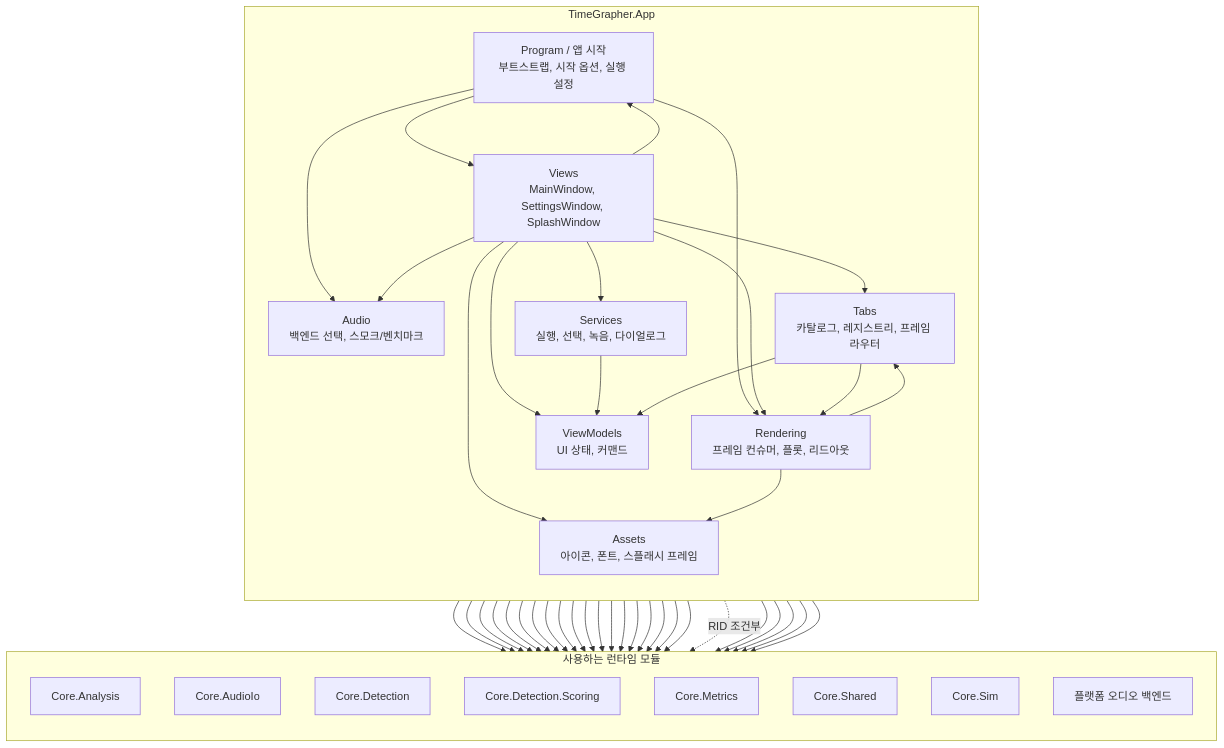
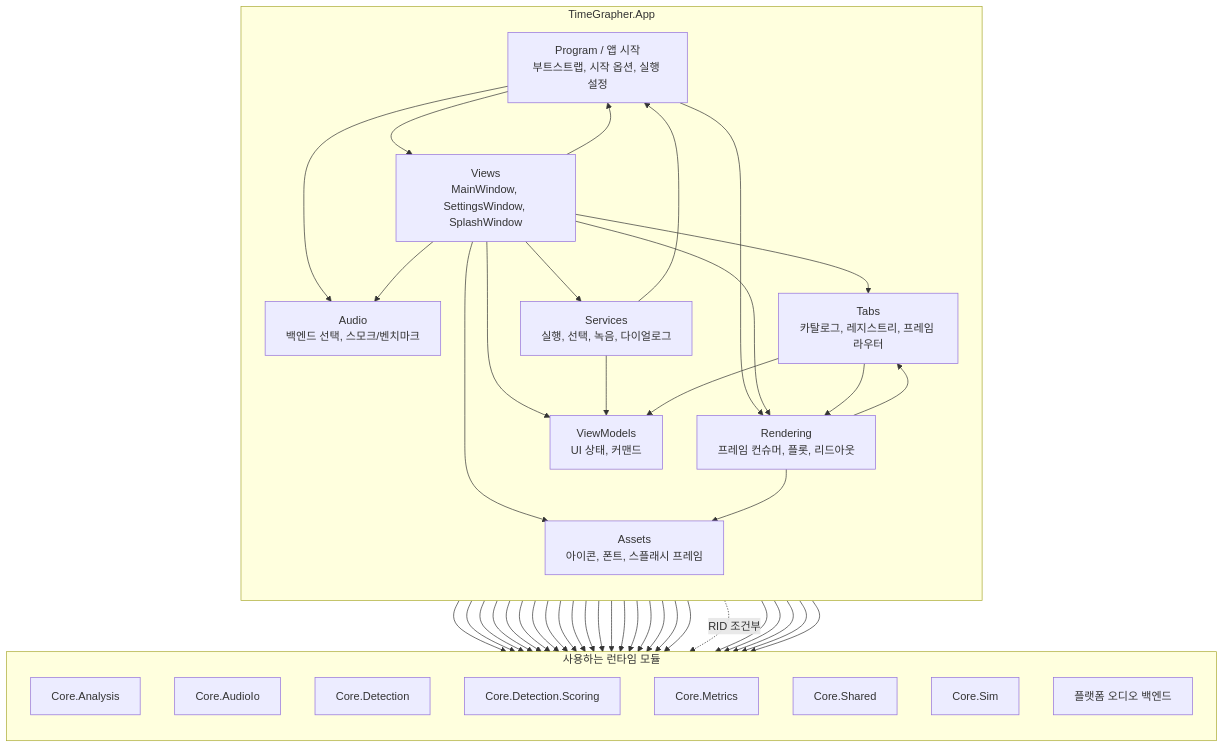
One commit to Jae-hong-5/TimeGrapher-Net changed the second of 3 diagrams in docs/for-ai/MODULE_USES_VIEW.md. Above: the diagram before and after it, drawn with Mermaid. The commit also changed other lines of this file, not shown here.

````diff
--- a/docs/for-ai/MODULE_USES_VIEW.md
+++ b/docs/for-ai/MODULE_USES_VIEW.md
@@ -98,73 +98,74 @@
 ```mermaid
 flowchart TB
     subgraph App["TimeGrapher.App"]
         direction TB
         Program["Program / 앱 시작<br/>부트스트랩, 시작 옵션, 실행 설정"]
         Views["Views<br/>MainWindow, SettingsWindow, SplashWindow"]
         ViewModels["ViewModels<br/>UI 상태, 커맨드"]
         Services["Services<br/>실행, 선택, 녹음, 다이얼로그"]
         Audio["Audio<br/>백엔드 선택, 스모크/벤치마크"]
         Tabs["Tabs<br/>카탈로그, 레지스트리, 프레임 라우터"]
         Rendering["Rendering<br/>프레임 컨슈머, 플롯, 리드아웃"]
         Assets["Assets<br/>아이콘, 폰트, 스플래시 프레임"]
     end
 
     subgraph UsedRuntime["사용하는 런타임 모듈"]
         direction TB
         CoreAnalysis["Core.Analysis"]
         CoreAudioIo["Core.AudioIo"]
         CoreDetection["Core.Detection"]
         CoreScoring["Core.Detection.Scoring"]
         CoreMetrics["Core.Metrics"]
         CoreShared["Core.Shared"]
         CoreSim["Core.Sim"]
         PlatformAudio["플랫폼 오디오 백엔드"]
     end
 
     Program --> Views
     Program --> Audio
     Program --> Rendering
     Program --> CoreAnalysis
     Program --> CoreAudioIo
     Program --> CoreScoring
     Program --> CoreShared
 
     Views --> Program
     Views --> ViewModels
     Views --> Services
     Views --> Audio
     Views --> Tabs
     Views --> Rendering
     Views --> CoreAudioIo
     Views --> CoreDetection
     Views --> CoreShared
     Views --> CoreSim
     Views --> Assets
 
     ViewModels --> CoreAnalysis
     ViewModels --> CoreShared
 
     Services --> ViewModels
+    Services --> Program
     Services --> CoreAnalysis
     Services --> CoreAudioIo
     Services --> CoreDetection
     Services --> CoreMetrics
     Services --> CoreShared
 
     Audio --> CoreAnalysis
     Audio --> CoreAudioIo
     Audio --> CoreShared
     Audio --> CoreSim
     Audio -. "RID 조건부" .-> PlatformAudio
 
     Tabs --> ViewModels
     Tabs --> Rendering
     Tabs --> CoreAnalysis
     Tabs --> CoreShared
 
     Rendering --> Tabs
     Rendering --> CoreAnalysis
     Rendering --> CoreMetrics
     Rendering --> CoreShared
     Rendering --> Assets
 ```
````
